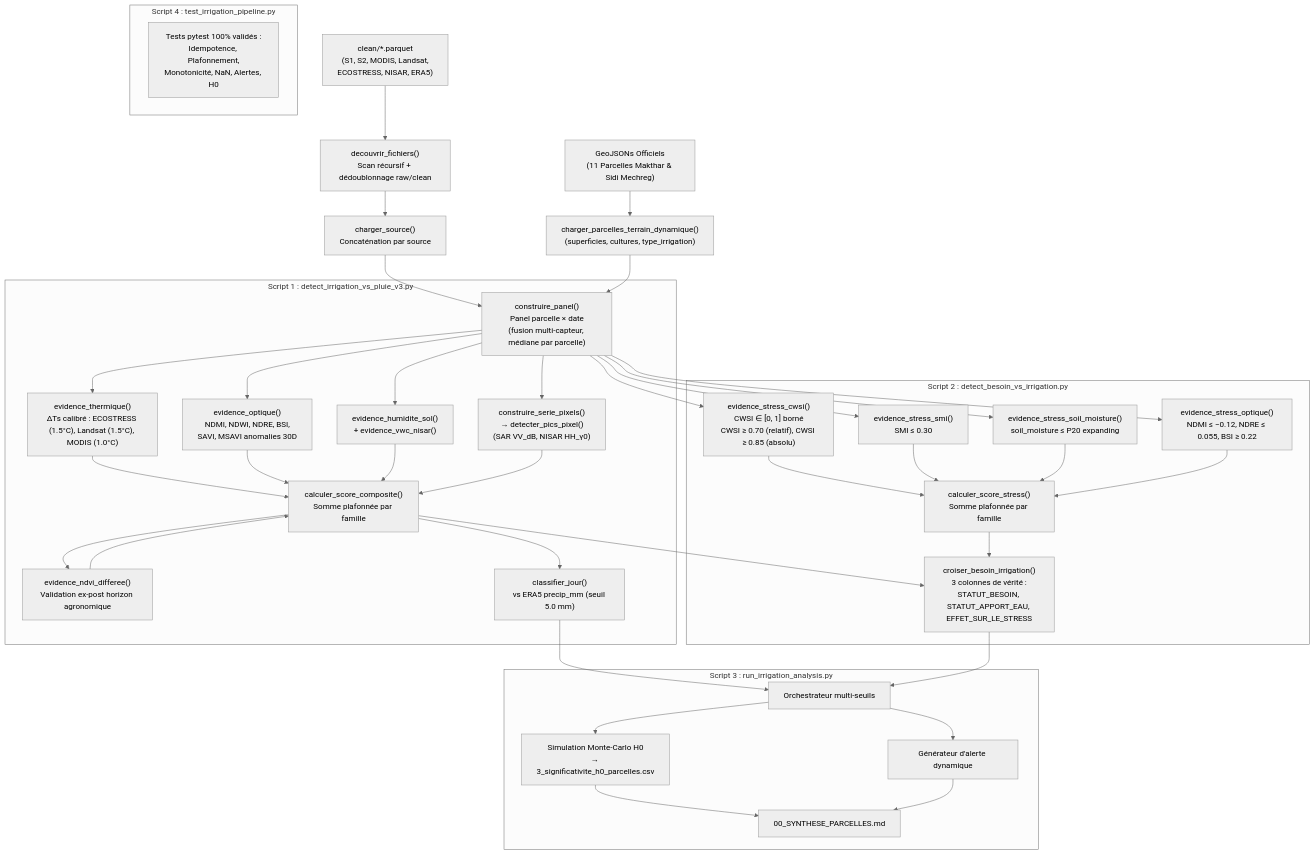
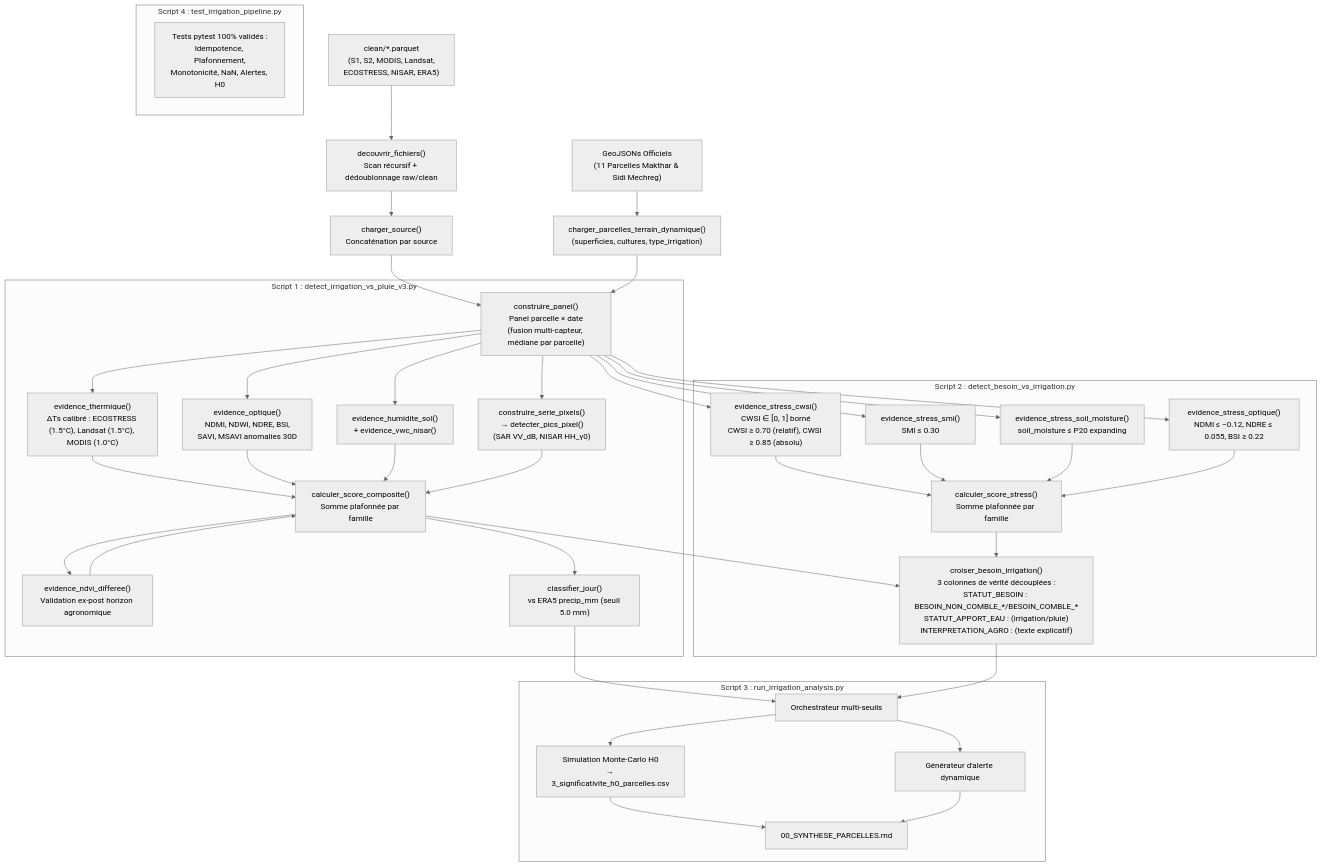
The diagram in IRRIGATION/documentation_irrigation.md (projetawam/awam_geoengine), drawn with Mermaid (neutral theme) before and after one commit. The commit also changed other lines of this file and 9 other files, not shown here.

````diff
--- a/IRRIGATION/documentation_irrigation.md
+++ b/IRRIGATION/documentation_irrigation.md
@@ -58,48 +58,48 @@
 ```mermaid
 flowchart TD
     GEO["GeoJSONs Officiels<br/>(11 Parcelles Makthar & Sidi Mechreg)"] --> METADATA["charger_parcelles_terrain_dynamique()<br/>(superficies, cultures, type_irrigation)"]
     RAW["clean/*.parquet<br/>(S1, S2, MODIS, Landsat,<br/>ECOSTRESS, NISAR, ERA5)"] --> DISCOVER["decouvrir_fichiers()<br/>Scan récursif + dédoublonnage raw/clean"]
     DISCOVER --> LOAD["charger_source()<br/>Concaténation par source"]
     LOAD --> PANEL["construire_panel()<br/>Panel parcelle × date<br/>(fusion multi-capteur, médiane par parcelle)"]
     METADATA --> PANEL
 
     subgraph S1 ["Script 1 : detect_irrigation_vs_pluie_v3.py"]
         PANEL --> EVID_TH["evidence_thermique()<br/>ΔTs calibré : ECOSTRESS (1.5°C), Landsat (1.5°C), MODIS (1.0°C)"]
         PANEL --> EVID_OPT["evidence_optique()<br/>NDMI, NDWI, NDRE, BSI,<br/>SAVI, MSAVI anomalies 30D"]
         PANEL --> EVID_SM["evidence_humidite_sol()<br/>+ evidence_vwc_nisar()"]
         PANEL --> EVID_PIX["construire_serie_pixels()<br/>→ detecter_pics_pixel()<br/>(SAR VV_dB, NISAR HH_γ0)"]
         EVID_TH --> SCORE["calculer_score_composite()<br/>Somme plafonnée par famille"]
         EVID_OPT --> SCORE
         EVID_SM --> SCORE
         EVID_PIX --> SCORE
         SCORE --> NDVI_CORR["evidence_ndvi_differee()<br/>Validation ex-post horizon agronomique"]
         NDVI_CORR --> SCORE
         SCORE --> CLASS["classifier_jour()<br/>vs ERA5 precip_mm (seuil 5.0 mm)"]
     end
 
     subgraph S2 ["Script 2 : detect_besoin_vs_irrigation.py"]
         PANEL --> STRESS_CWSI["evidence_stress_cwsi()<br/>CWSI ∈ [0, 1] borné<br/>CWSI ≥ 0.70 (relatif), CWSI ≥ 0.85 (absolu)"]
         PANEL --> STRESS_SMI["evidence_stress_smi()<br/>SMI ≤ 0.30"]
         PANEL --> STRESS_SM["evidence_stress_soil_moisture()<br/>soil_moisture ≤ P20 expanding"]
         PANEL --> STRESS_OPT["evidence_stress_optique()<br/>NDMI ≤ −0.12, NDRE ≤ 0.055, BSI ≥ 0.22"]
         STRESS_CWSI --> SCORE_S["calculer_score_stress()<br/>Somme plafonnée par famille"]
         STRESS_SMI --> SCORE_S
         STRESS_SM --> SCORE_S
         STRESS_OPT --> SCORE_S
-        SCORE_S --> CROSS["croiser_besoin_irrigation()<br/>3 colonnes de vérité :<br/>STATUT_BESOIN, STATUT_APPORT_EAU, EFFET_SUR_LE_STRESS"]
+        SCORE_S --> CROSS["croiser_besoin_irrigation()<br/>3 colonnes de vérité découplées :<br/>STATUT_BESOIN : BESOIN_NON_COMBLE_*/BESOIN_COMBLE_*<br/>STATUT_APPORT_EAU : (irrigation/pluie)<br/>INTERPRETATION_AGRO : (texte explicatif)"]
         SCORE --> CROSS
     end
 
     subgraph S3 ["Script 3 : run_irrigation_analysis.py"]
         CLASS --> ORCH["Orchestrateur multi-seuils"]
         CROSS --> ORCH
         ORCH --> H0["Simulation Monte-Carlo H0<br/>→ 3_significativite_h0_parcelles.csv"]
         ORCH --> ALERT["Générateur d'alerte dynamique"]
         H0 --> SYNTH["00_SYNTHESE_PARCELLES.md"]
         ALERT --> SYNTH
     end
 
     subgraph S4 ["Script 4 : test_irrigation_pipeline.py"]
         TEST["Tests pytest 100% validés :<br/>Idempotence, Plafonnement,<br/>Monotonicité, NaN, Alertes, H0"]
     end
 ```
````
